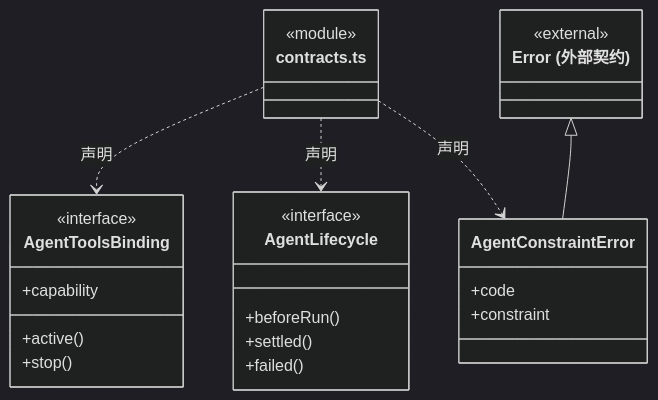
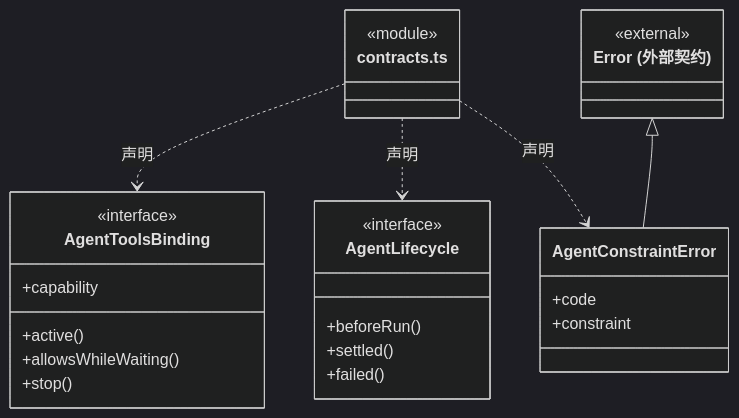
One commit to nan023062/cbim changed the third of 10 diagrams in src/logic/agents/ARCHITECTURE.md. Above: the diagram before and after it, drawn with Mermaid (dark theme). The commit also changed other lines of this file and 39 other files, not shown here.

````diff
--- a/src/logic/agents/ARCHITECTURE.md
+++ b/src/logic/agents/ARCHITECTURE.md
@@ -93,29 +95,30 @@
 ```mermaid
 classDiagram
 class N_src_logic_agents_contracts_ts["contracts.ts"] {
   <<module>>
 }
 class N_src_logic_agents_contracts_ts_AgentToolsBinding["AgentToolsBinding"] {
   <<interface>>
   +capability
   +active()
+  +allowsWhileWaiting()
   +stop()
 }
 N_src_logic_agents_contracts_ts ..> N_src_logic_agents_contracts_ts_AgentToolsBinding : 声明
 class N_src_logic_agents_contracts_ts_AgentLifecycle["AgentLifecycle"] {
   <<interface>>
   +beforeRun()
   +settled()
   +failed()
 }
 N_src_logic_agents_contracts_ts ..> N_src_logic_agents_contracts_ts_AgentLifecycle : 声明
 class N_src_logic_agents_contracts_ts_AgentConstraintError["AgentConstraintError"] {
   +code
   +constraint
 }
 N_src_logic_agents_contracts_ts ..> N_src_logic_agents_contracts_ts_AgentConstraintError : 声明
 class N_src_logic_agents_contracts_ts_external_Error["Error (外部契约)"] {
   <<external>>
 }
 N_src_logic_agents_contracts_ts_external_Error <|-- N_src_logic_agents_contracts_ts_AgentConstraintError
 ```
````
